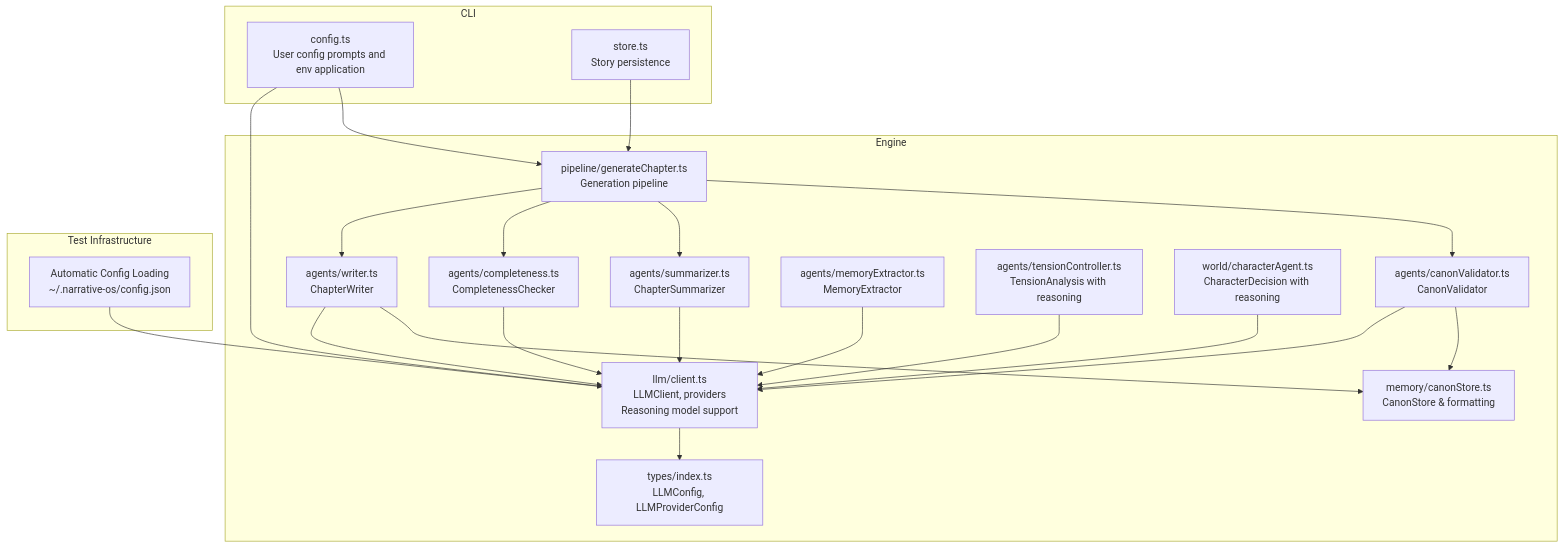
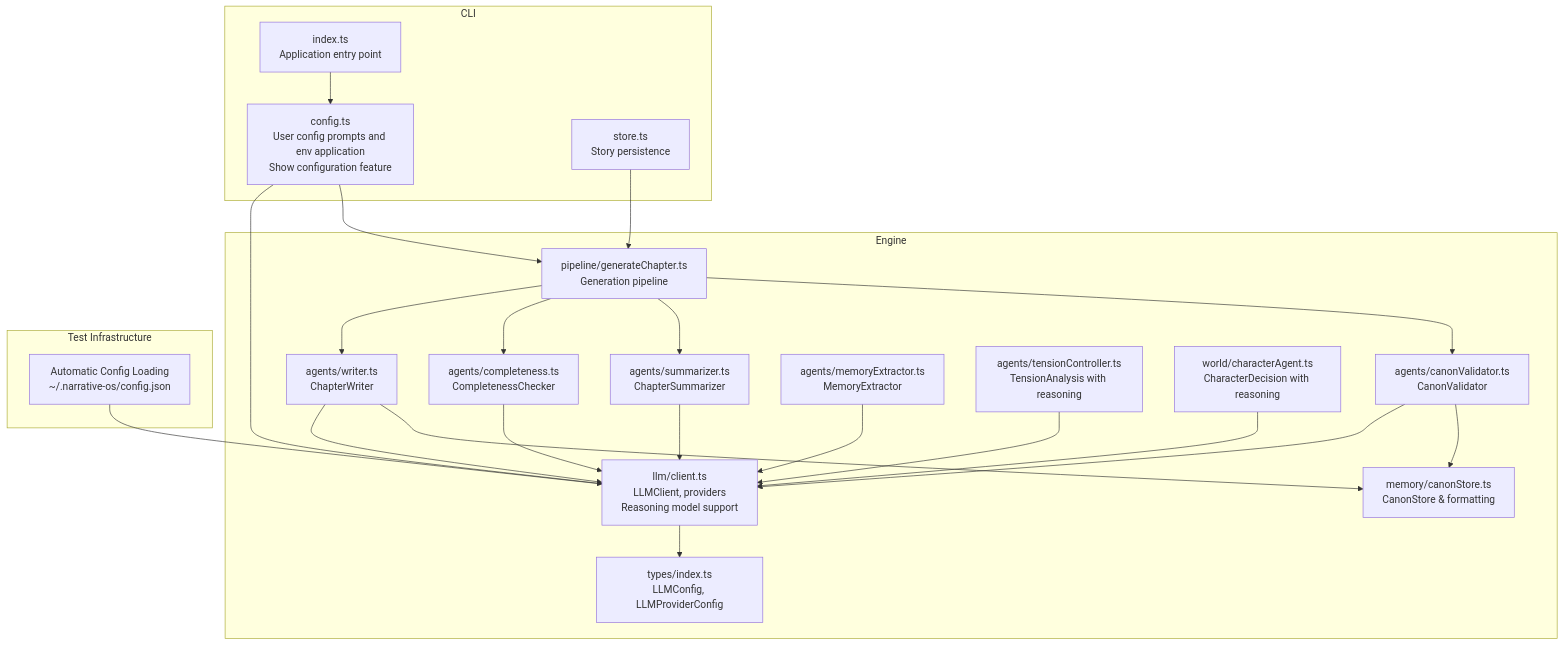
The first of 8 diagrams in .qoder/repowiki/en/content/LLM Integration and Configuration.md (liwonder/NARRITIVE_OS), drawn with Mermaid before and after one commit. The commit also changed other lines of this file and 5 other files, not shown here.

````diff
--- a/.qoder/repowiki/en/content/LLM Integration and Configuration.md
+++ b/.qoder/repowiki/en/content/LLM Integration and Configuration.md
@@ -63,41 +67,43 @@
 ```mermaid
 graph TB
 subgraph "CLI"
-CFG["config.ts<br/>User config prompts and env application"]
+IDX["index.ts<br/>Application entry point"]
+CFG["config.ts<br/>User config prompts and env application<br/>Show configuration feature"]
 STORE["store.ts<br/>Story persistence"]
 end
 subgraph "Engine"
 TYPES["types/index.ts<br/>LLMConfig, LLMProviderConfig"]
 CLIENT["llm/client.ts<br/>LLMClient, providers<br/>Reasoning model support"]
 AG_W["agents/writer.ts<br/>ChapterWriter"]
 AG_C["agents/completeness.ts<br/>CompletenessChecker"]
 AG_S["agents/summarizer.ts<br/>ChapterSummarizer"]
 AG_V["agents/canonValidator.ts<br/>CanonValidator"]
 AG_ME["agents/memoryExtractor.ts<br/>MemoryExtractor"]
 AG_TC["agents/tensionController.ts<br/>TensionAnalysis with reasoning"]
 AG_CA["world/characterAgent.ts<br/>CharacterDecision with reasoning"]
 CANON["memory/canonStore.ts<br/>CanonStore & formatting"]
 PIPE["pipeline/generateChapter.ts<br/>Generation pipeline"]
 end
 subgraph "Test Infrastructure"
 TEST_AUTO["Automatic Config Loading<br/>~/.narrative-os/config.json"]
 end
+IDX --> CFG
 CFG --> CLIENT
 CFG --> PIPE
 STORE --> PIPE
 PIPE --> AG_W
 PIPE --> AG_C
 PIPE --> AG_S
 PIPE --> AG_V
 AG_W --> CLIENT
 AG_C --> CLIENT
 AG_S --> CLIENT
 AG_V --> CLIENT
 AG_ME --> CLIENT
 AG_TC --> CLIENT
 AG_CA --> CLIENT
 AG_W --> CANON
 AG_V --> CANON
 CLIENT --> TYPES
 TEST_AUTO --> CLIENT
 ```
````
